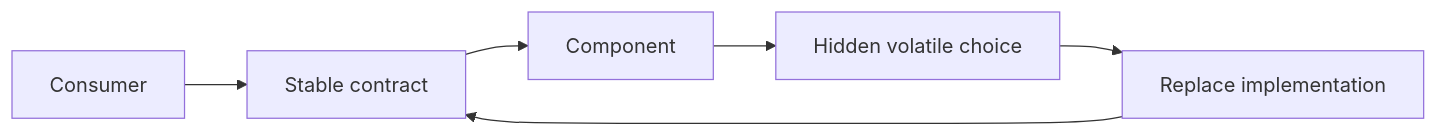
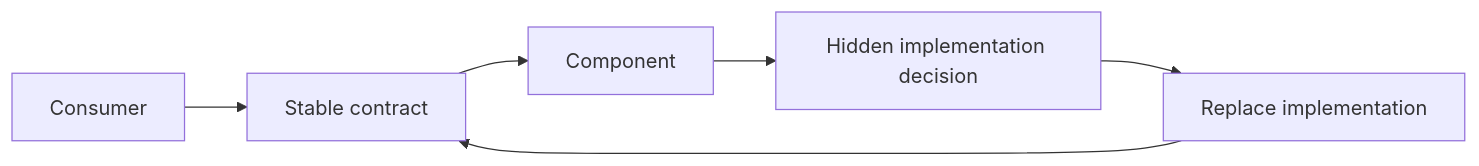
Before and after one commit to HomericIntelligence/Athena: the diagram in docs/principles/details/p018-information-hiding.md, drawn with Mermaid. The commit also changed other lines of this file and 91 other files, not shown here.

````diff
--- a/docs/principles/details/p018-information-hiding.md
+++ b/docs/principles/details/p018-information-hiding.md
@@ -32,8 +35,8 @@
 ```mermaid
 flowchart LR
     Consumer["Consumer"] --> Contract["Stable contract"]
     Contract --> Component["Component"]
-    Component --> Choice["Hidden volatile choice"]
+    Component --> Choice["Hidden implementation decision"]
     Choice --> Replace["Replace implementation"]
     Replace --> Contract
 ```
````
